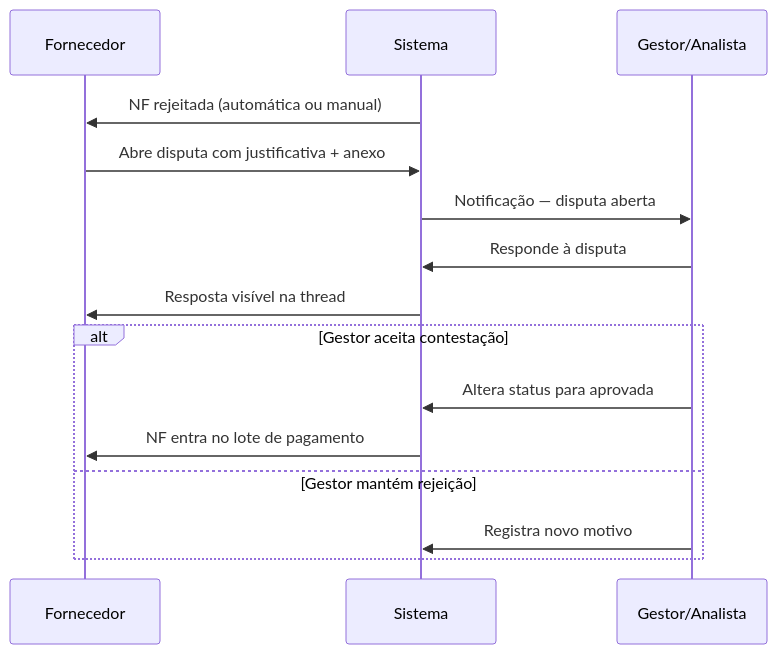
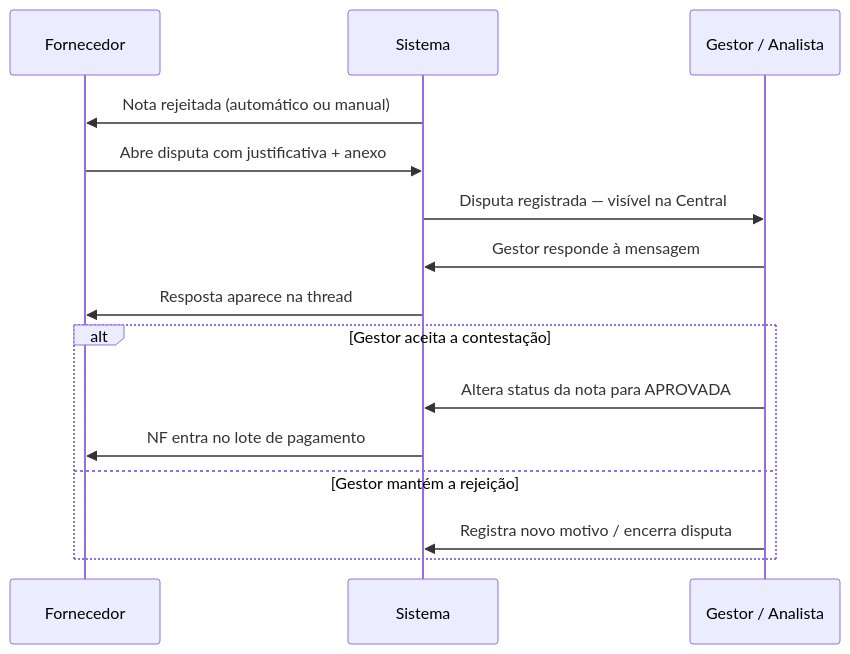
Before and after one commit to Lucaslssoares/govfiscal: the third of 4 diagrams in DOCUMENTACAO.md, drawn with Mermaid. The commit also changed other lines of this file, not shown here.

````diff
--- a/DOCUMENTACAO.md
+++ b/DOCUMENTACAO.md
@@ -210,19 +287,19 @@
 ```mermaid
 sequenceDiagram
     participant F as Fornecedor
     participant S as Sistema
-    participant G as Gestor/Analista
+    participant G as Gestor / Analista
 
-    S->>F: NF rejeitada (automática ou manual)
+    S->>F: Nota rejeitada (automático ou manual)
     F->>S: Abre disputa com justificativa + anexo
-    S->>G: Notificação — disputa aberta
-    G->>S: Responde à disputa
-    S->>F: Resposta visível na thread
+    S->>G: Disputa registrada — visível na Central
+    G->>S: Gestor responde à mensagem
+    S->>F: Resposta aparece na thread
 
-    alt Gestor aceita contestação
-        G->>S: Altera status para aprovada
+    alt Gestor aceita a contestação
+        G->>S: Altera status da nota para APROVADA
         S->>F: NF entra no lote de pagamento
-    else Gestor mantém rejeição
-        G->>S: Registra novo motivo
+    else Gestor mantém a rejeição
+        G->>S: Registra novo motivo / encerra disputa
     end
 ```
````
